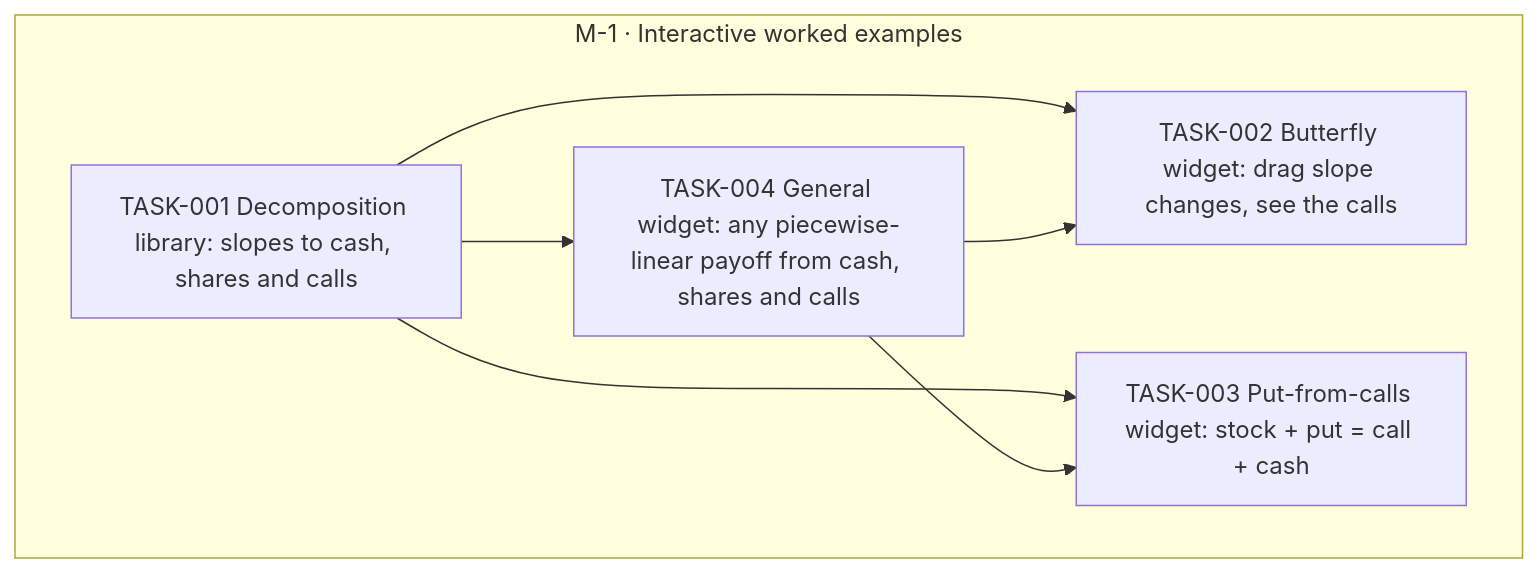
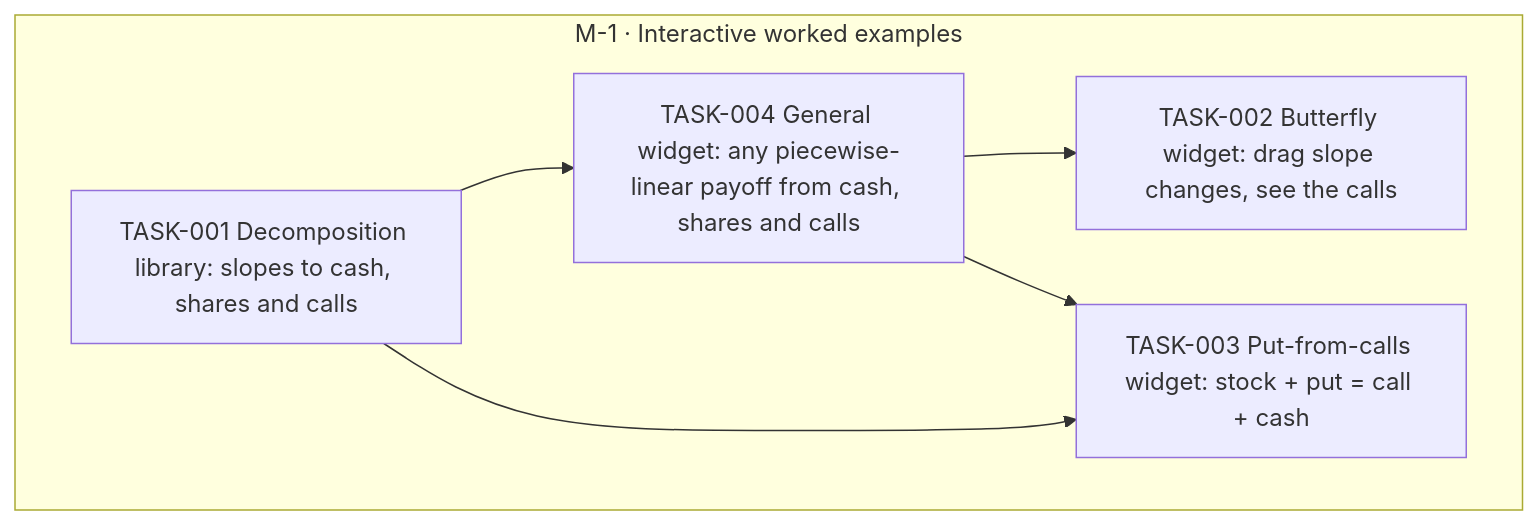
Before and after one commit to all-explained/options-explained: the diagram in goals/improve-viz/README.md, drawn with Mermaid. The commit also changed 1 other file, not shown here.

Commit message:
goal(improve-viz): unlink TASK-002 after TASK-001

````diff
--- a/goals/improve-viz/README.md
+++ b/goals/improve-viz/README.md
@@ -25,17 +25,16 @@
 ```mermaid
 flowchart TD
   subgraph M_1["M-1 · Interactive worked examples"]
     TASK_001["TASK-001 Decomposition library: slopes to cash, shares and calls"]
     TASK_002["TASK-002 Butterfly widget: drag slope changes, see the calls"]
     TASK_003["TASK-003 Put-from-calls widget: stock + put = call + cash"]
     TASK_004["TASK-004 General widget: any piecewise-linear payoff from cash, shares and calls"]
   end
-  TASK_001 --> TASK_002
   TASK_004 --> TASK_002
   TASK_001 --> TASK_003
   TASK_004 --> TASK_003
   TASK_001 --> TASK_004
   classDef draft stroke-dasharray: 4 3
   classDef cancelled opacity:0.45
   classDef decision fill:#f3e8ff,stroke:#7c3aed
 ```
````
